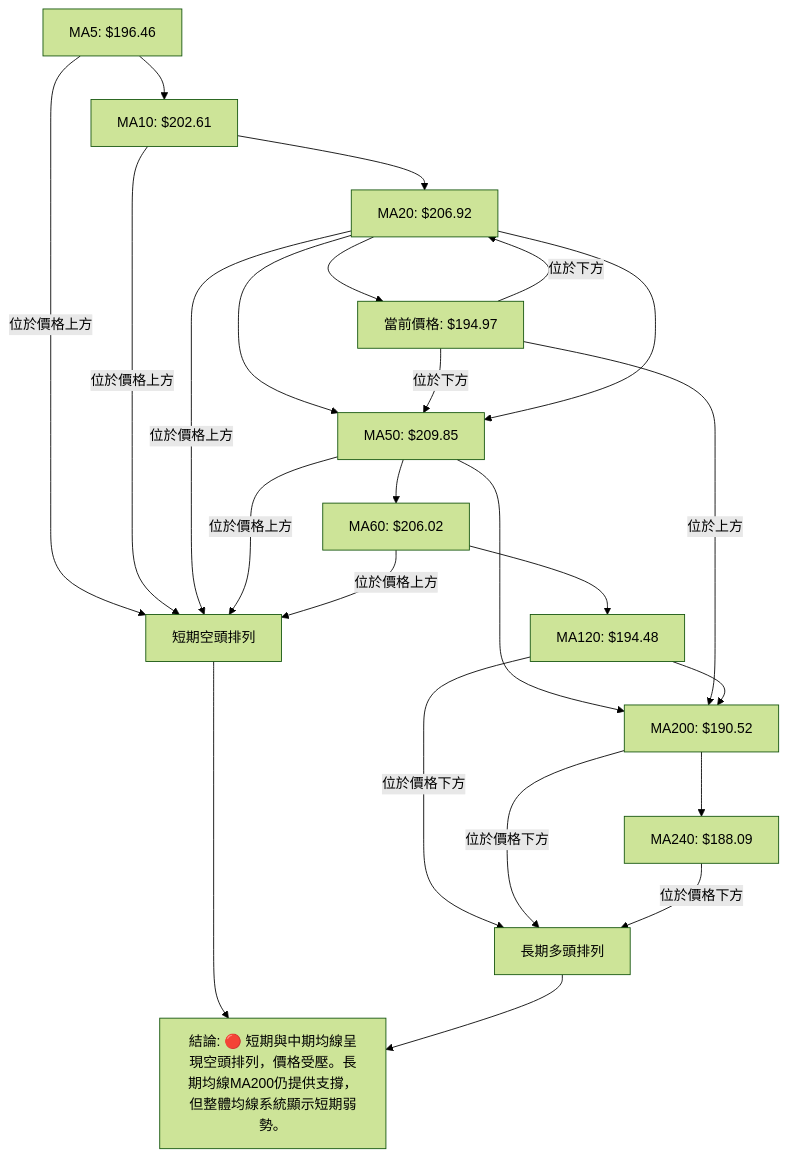
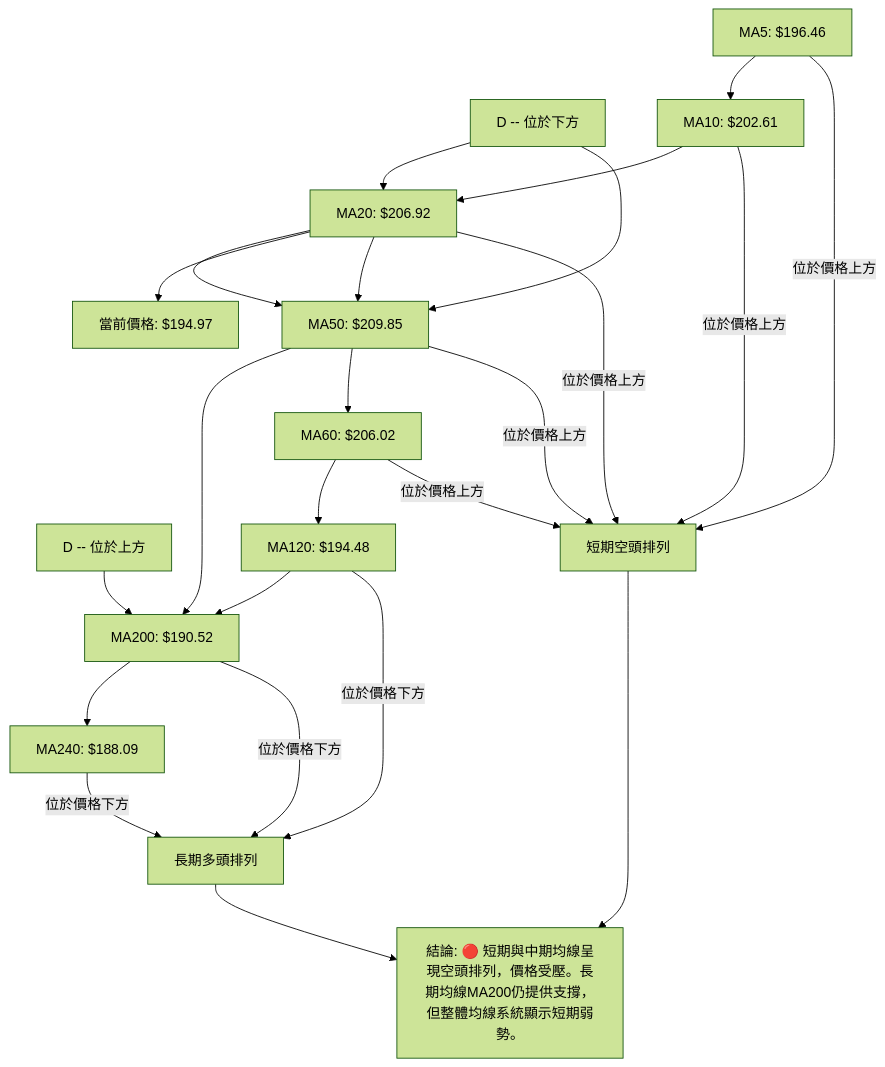
Before and after one commit to yennanliu/finance_data: the seventh of 12 diagrams in ai_gen_report/stock/nvda/technical_analysis_2026-06-30_gemini.md, drawn with Mermaid (forest theme). The commit also changed other lines of this file and 2258 other files, not shown here.

First line of the commit message:
chore: backfill Mermaid syntax repair across existing reports

````diff
--- a/ai_gen_report/stock/nvda/technical_analysis_2026-06-30_gemini.md
+++ b/ai_gen_report/stock/nvda/technical_analysis_2026-06-30_gemini.md
@@ -408,31 +408,31 @@
 ```mermaid
 graph TD
-    A[MA20: $206.92] --> B[MA50: $209.85]
-    B --> C[MA200: $190.52]
-    A --> D[當前價格: $194.97]
+    A["MA20: $206.92"] --> B["MA50: $209.85"]
+    B --> C["MA200: $190.52"]
+    A --> D["當前價格: $194.97"]
 
-    D -- 位於下方 --> A
-    D -- 位於下方 --> B
-    D -- 位於上方 --> C
+    nb1["D -- 位於下方"] --> A
+    nb1["D -- 位於下方"] --> B
+    nb2["D -- 位於上方"] --> C
 
-    B1[MA5: $196.46] --> B2[MA10: $202.61]
+    B1["MA5: $196.46"] --> B2["MA10: $202.61"]
     B2 --> A
     A --> B
-    B --> E[MA60: $206.02]
-    E --> F[MA120: $194.48]
+    B --> E["MA60: $206.02"]
+    E --> F["MA120: $194.48"]
     F --> C
-    C --> G[MA240: $188.09]
+    C --> G["MA240: $188.09"]
 
-    B1 -->|位於價格上方| H[短期空頭排列]
-    B2 -->|位於價格上方| H
-    A -->|位於價格上方| H
-    B -->|位於價格上方| H
-    E -->|位於價格上方| H
+    B1 -->|"位於價格上方"| H["短期空頭排列"]
+    B2 -->|"位於價格上方"| H
+    A -->|"位於價格上方"| H
+    B -->|"位於價格上方"| H
+    E -->|"位於價格上方"| H
 
-    F -->|位於價格下方| I[長期多頭排列]
-    C -->|位於價格下方| I
-    G -->|位於價格下方| I
+    F -->|"位於價格下方"| I["長期多頭排列"]
+    C -->|"位於價格下方"| I
+    G -->|"位於價格下方"| I
 
-    H --> J[結論: 🔴 短期與中期均線呈現空頭排列，價格受壓。長期均線MA200仍提供支撐，但整體均線系統顯示短期弱勢。]
+    H --> J["結論: 🔴 短期與中期均線呈現空頭排列，價格受壓。長期均線MA200仍提供支撐，但整體均線系統顯示短期弱勢。"]
     I --> J
 ```
````
